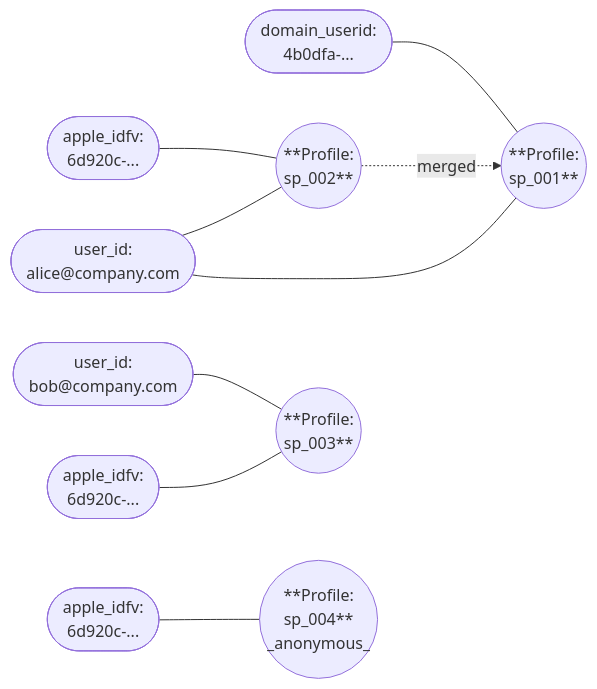
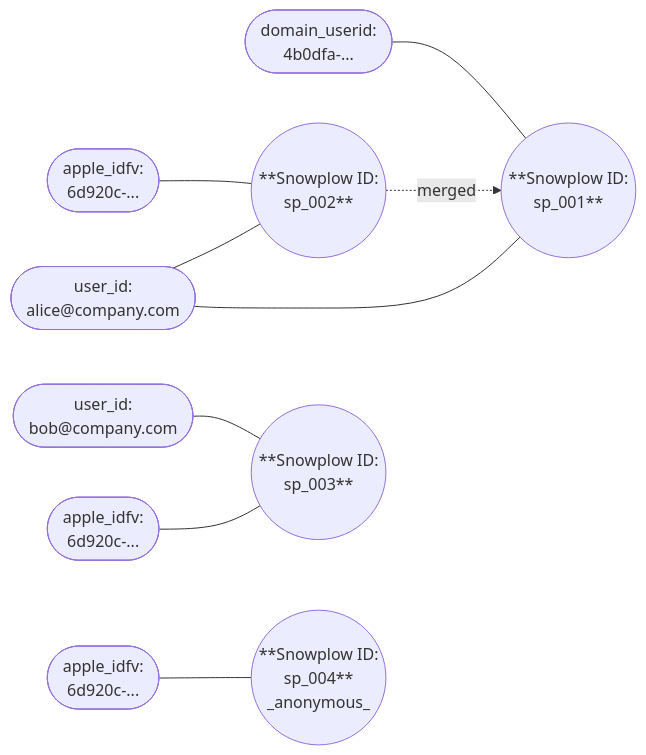
Before and after one commit to snowplow/documentation: the third of 3 diagrams in docs/identities/concepts/unique-identifiers/index.md, drawn with Mermaid. The commit also changed other lines of this file and 7 other files, not shown here.

````diff
--- a/docs/identities/concepts/unique-identifiers/index.md
+++ b/docs/identities/concepts/unique-identifiers/index.md
@@ -73,26 +73,26 @@
 ```mermaid
 graph LR
     A(["domain_userid:<br/>4b0dfa-..."])
     B(["user_id:<br/>alice@company.com"])
     C1(["apple_idfv:<br/>6d920c-..."])
-    P1(("**Profile:<br/> sp_001**"))
-    P2(("**Profile:<br/> sp_002**"))
+    P1(("**Snowplow ID:<br/> sp_001**"))
+    P2(("**Snowplow ID:<br/> sp_002**"))
 
     A --- P1
     B --- P1
     C1 --- P2
     B --- P2
     P2 -. merged .-> P1
 
     C2(["apple_idfv:<br/>6d920c-..."])
     BobB(["user_id:<br/>bob@company.com"])
-    BobC(("**Profile:<br/>sp_003**"))
+    BobC(("**Snowplow ID:<br/>sp_003**"))
 
     C2 --- BobC
     BobB --- BobC
 
     C3(["apple_idfv:<br/>6d920c-..."])
-    AnonP(("**Profile:<br/>sp_004**<br/>_anonymous_"))
+    AnonP(("**Snowplow ID:<br/>sp_004**<br/>_anonymous_"))
 
     C3 --- AnonP
 ```
````
